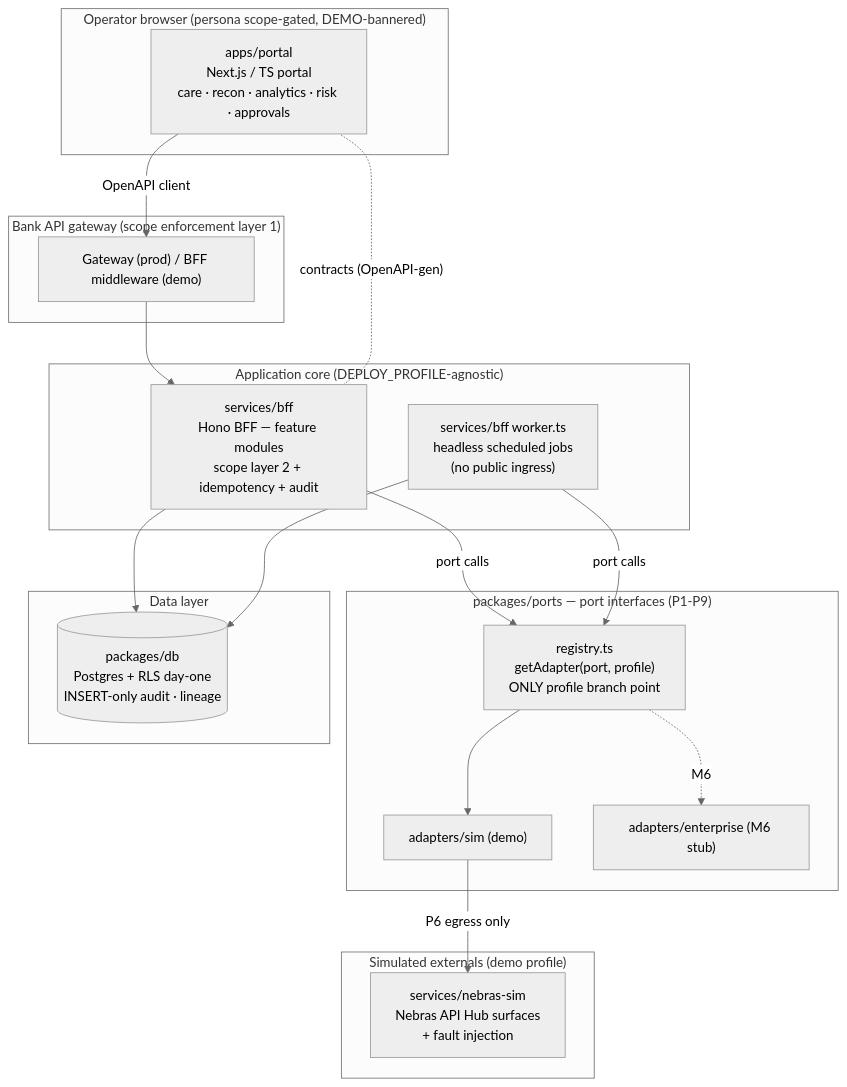
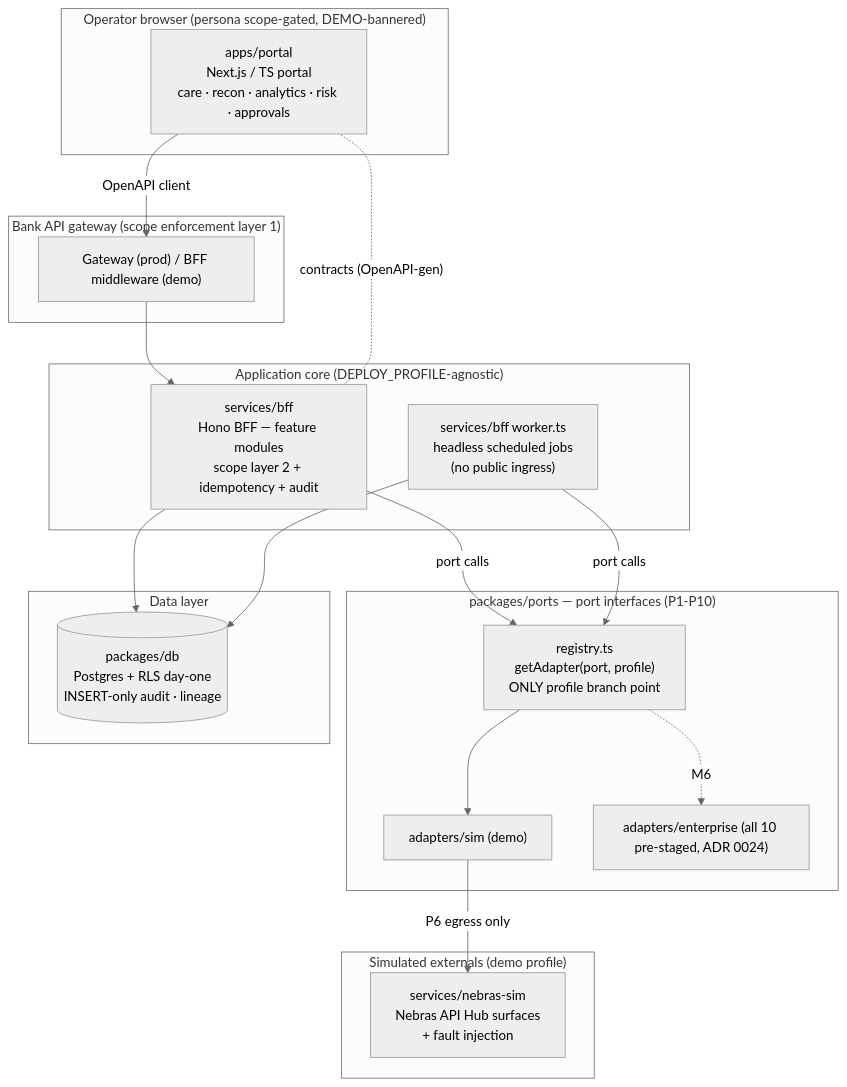
One commit to openfinance-os/ofbo changed the first of 5 diagrams in docs/architecture-overview.md. Above: the diagram before and after it, drawn with Mermaid (neutral theme). The commit also changed other lines of this file and 8 other files, not shown here.

````diff
--- a/docs/architecture-overview.md
+++ b/docs/architecture-overview.md
@@ -9,39 +9,39 @@
 ```mermaid
 flowchart TB
     subgraph Browser["Operator browser (persona scope-gated, DEMO-bannered)"]
         Portal["apps/portal<br/>Next.js / TS portal<br/>care · recon · analytics · risk · approvals"]
     end
 
     subgraph Edge["Bank API gateway (scope enforcement layer 1)"]
         GW["Gateway (prod) / BFF middleware (demo)"]
     end
 
     subgraph Core["Application core (DEPLOY_PROFILE-agnostic)"]
         BFF["services/bff<br/>Hono BFF — feature modules<br/>scope layer 2 + idempotency + audit"]
         Worker["services/bff worker.ts<br/>headless scheduled jobs<br/>(no public ingress)"]
     end
 
-    subgraph Ports["packages/ports — port interfaces (P1-P9)"]
+    subgraph Ports["packages/ports — port interfaces (P1-P10)"]
         Reg["registry.ts<br/>getAdapter(port, profile)<br/>ONLY profile branch point"]
         Sim["adapters/sim (demo)"]
-        Ent["adapters/enterprise (M6 stub)"]
+        Ent["adapters/enterprise (all 10 pre-staged, ADR 0024)"]
     end
 
     subgraph Data["Data layer"]
         DB[("packages/db<br/>Postgres + RLS day-one<br/>INSERT-only audit · lineage")]
     end
 
     subgraph External["Simulated externals (demo profile)"]
         Nebras["services/nebras-sim<br/>Nebras API Hub surfaces<br/>+ fault injection"]
     end
 
     Portal -->|"OpenAPI client"| GW --> BFF
     BFF -->|"port calls"| Reg
     Worker -->|"port calls"| Reg
     Reg --> Sim
     Reg -.M6.-> Ent
     Sim -->|"P6 egress only"| Nebras
     BFF --> DB
     Worker --> DB
     BFF -. "contracts (OpenAPI-gen)" .- Portal
 ```
````
